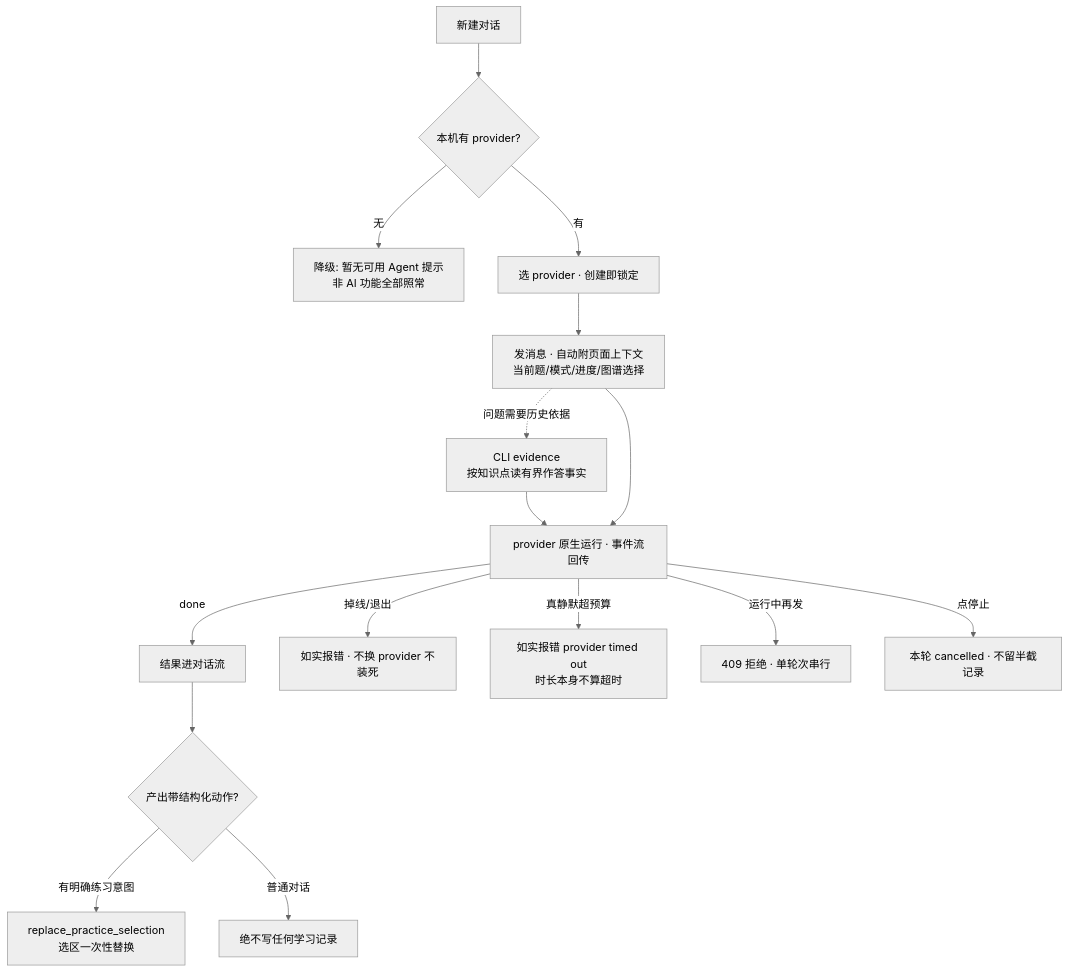
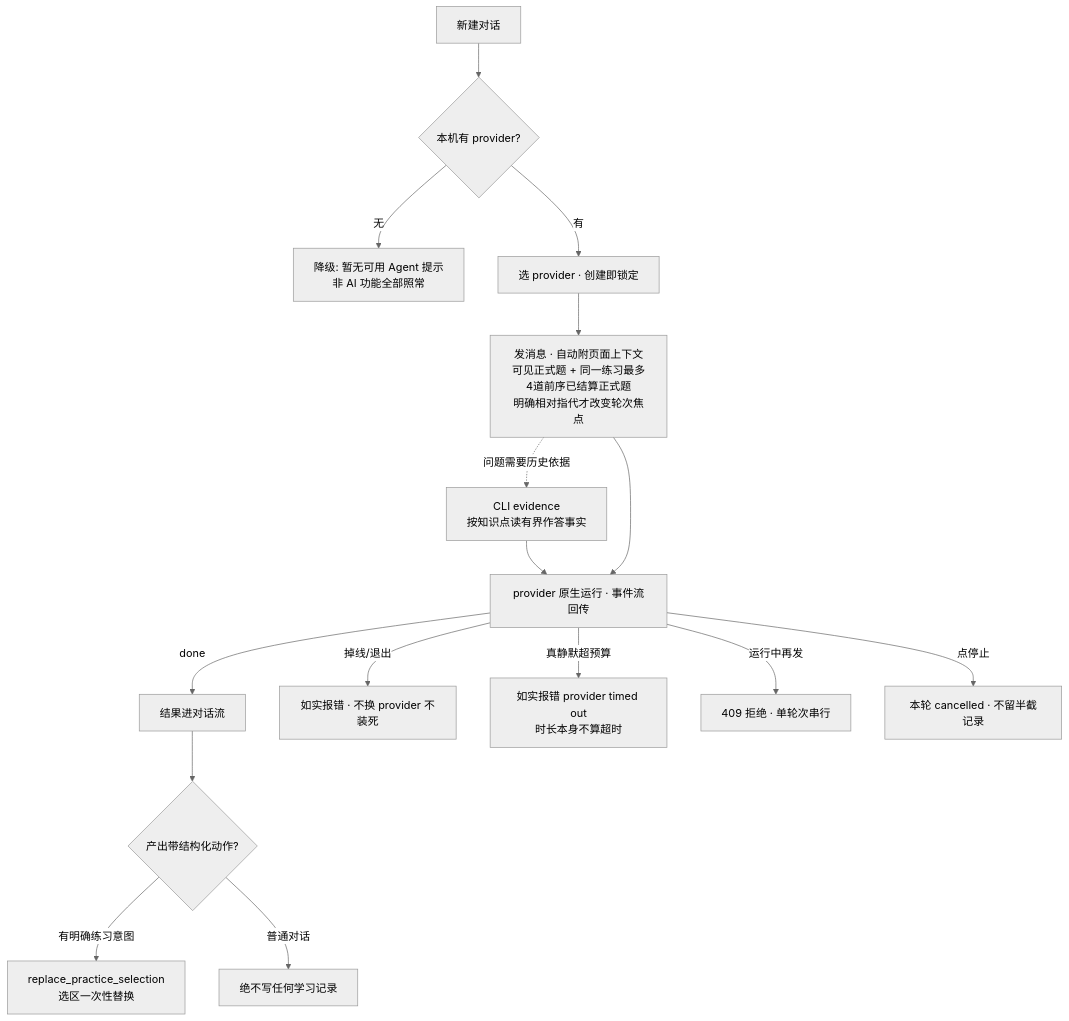
Before and after one commit to Amazinnn/Lesson-Kit: the fourth of 9 diagrams in docs/action-graph/L4-workflows.md, drawn with Mermaid (neutral theme). The commit also changed other lines of this file and 7 other files, not shown here.

````diff
--- a/docs/action-graph/L4-workflows.md
+++ b/docs/action-graph/L4-workflows.md
@@ -101,18 +101,18 @@
 ```mermaid
 flowchart TD
   A[新建对话] --> B{本机有 provider?}
   B -- 无 --> Z1[降级: 暂无可用 Agent 提示<br/>非 AI 功能全部照常]
   B -- 有 --> C[选 provider · 创建即锁定]
-  C --> D[发消息 · 自动附页面上下文<br/>当前题/模式/进度/图谱选择]
+  C --> D[发消息 · 自动附页面上下文<br/>可见正式题 + 同一练习最多4道前序已结算正式题<br/>明确相对指代才改变轮次焦点]
   D -. 问题需要历史依据 .-> D1[CLI evidence<br/>按知识点读有界作答事实]
   D1 --> E
   D --> E[provider 原生运行 · 事件流回传]
   E -- done --> F[结果进对话流]
   E -- 掉线/退出 --> F1[如实报错 · 不换 provider 不装死]
   E -- 真静默超预算 --> F4[如实报错 provider timed out<br/>时长本身不算超时]
   E -- 运行中再发 --> F2[409 拒绝 · 单轮次串行]
   E -- 点停止 --> F3[本轮 cancelled · 不留半截记录]
   F --> G{产出带结构化动作?}
   G -- 有明确练习意图 --> H[replace_practice_selection<br/>选区一次性替换]
   G -- 普通对话 --> I[绝不写任何学习记录]
 ```
````
